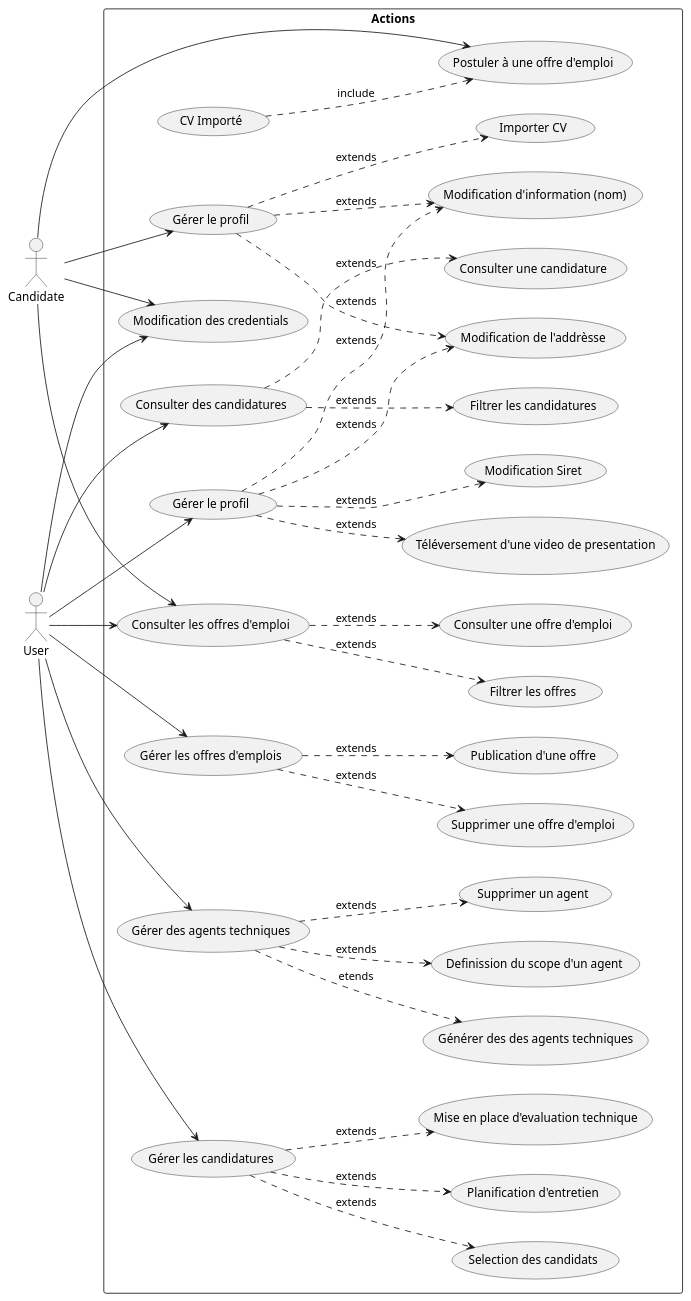
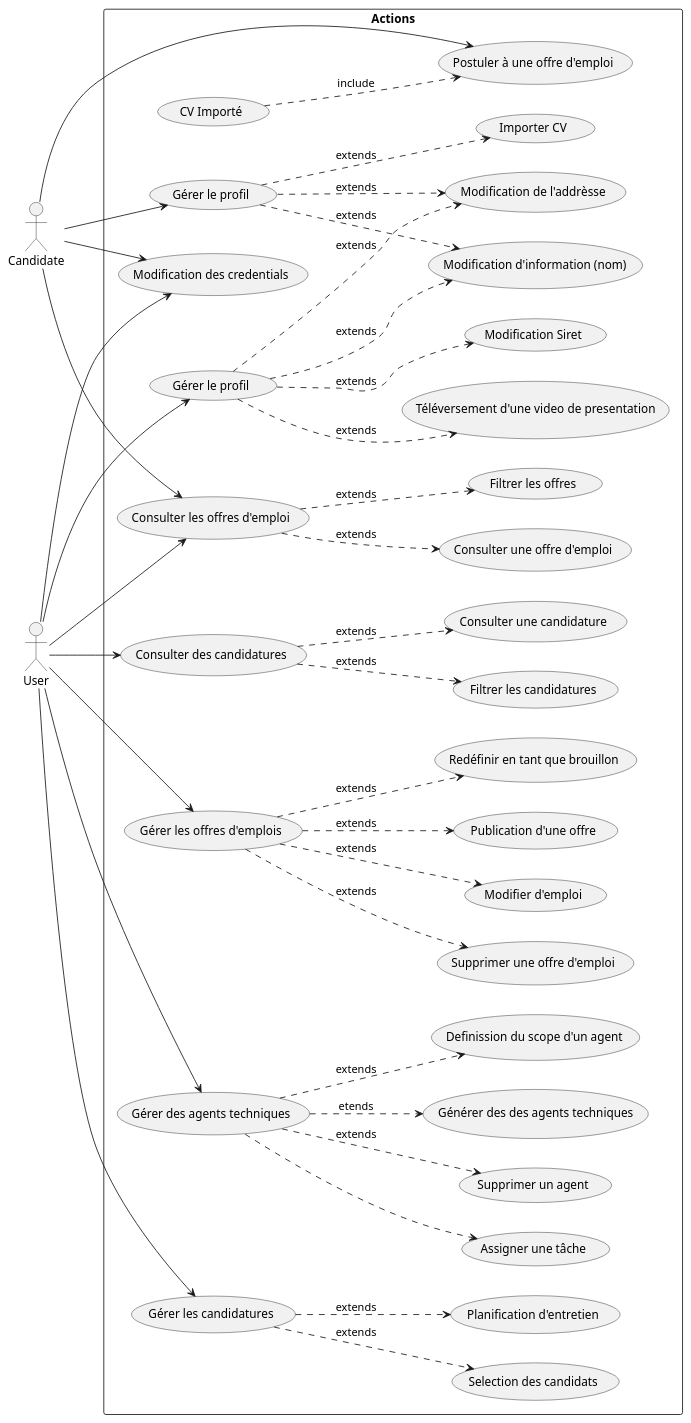
The diagram in ressources/modeling/usecase.puml (Spriggan-Team/HiringForge), drawn with PlantUML before and after one commit. The commit also changed 17 other files, not shown here.

Commit message:
sequence diagramm & uml

```diff
--- a/ressources/modeling/usecase.puml
+++ b/ressources/modeling/usecase.puml
@@ -1,106 +1,111 @@
 @startuml Usecase
 
 left to right direction
 
 actor "User" as User
 actor Candidate
 
 
 rectangle "Actions" {
     (Consulter les offres d'emploi) as ConslutJobOfferList
     (Consulter une offre d'emploi) as ConsultJobOffer
     (Filtrer les offres) as FilterJobOffer
 
     (Consulter des candidatures) as ConsultCandidateList
     (Consulter une candidature) as ConsultCandidate
     (Filtrer les candidatures) as FilterCandidate
 
     (Gérer le profil) as ManageCandidateProfil
     (Importer CV) as ImportCV
     usecase "Modification d'information (nom)" as ModifyCandidateName 
     usecase "Modification de l'addrèsse" as ModifyAddress 
 
 
     (Gérer le profil) as ManageUserProfil
     (Téléversement d'une video de presentation) as UploadVideo
     (Modification Siret) as ChangeSiretNumber
     (Modification des credentials) as ChangeAuthCredential
 
     (CV Importé) as ImportedCV
     (Postuler à une offre d'emploi) as ApplyJobOffer
     
 
     (Gérer les candidatures) as ManageCandidates
     (Selection des candidats) as CandidateSelection
     (Planification d'entretien) as PlanInterview
-    (Mise en place d'evaluation technique) as EvalCandidate 
+    ' (Mise en place d'evaluation technique) as EvalCandidate 
 
 
     (Gérer les offres d'emplois) as ManageJobOffer
     (Publication d'une offre) as PublishJobOffer
-
+    (Créer une offre d'emploi) as CreateOffer
+    (Redéfinir en tant que brouillon) as CreateOffer
     (Supprimer une offre d'emploi) as DeleteJobOffer
+    (Modifier d'emploi) as ModifyOffer
 
     (Gérer des agents techniques) as ManageAgent
     (Générer des des agents techniques) as CreateAgent
     (Definission du scope d'un agent) as AgentScopeAction
+    (Assigner une tâche) as AgentAssignement
     (Supprimer un agent) as DeleteAgent 
 }
 
 
 'Basics Actions
 ConslutJobOfferList ..> ConsultJobOffer: extends
 ConslutJobOfferList ..> FilterJobOffer: extends
 
 User --> ConslutJobOfferList
 User --> ChangeAuthCredential
 Candidate --> ChangeAuthCredential
 Candidate -> ConslutJobOfferList
 
 
 ' CandidatesProfil
 ManageCandidateProfil ..> ModifyCandidateName : extends
 ManageCandidateProfil ..> ModifyAddress :extends
 ManageCandidateProfil ..> ImportCV : extends
 
 Candidate --> ManageCandidateProfil
 
 ' User  Applications (Apply)
 Candidate --> ApplyJobOffer
 ApplyJobOffer <.up. ImportedCV : include 
 
 ' Manage Agent
 ManageAgent ..> CreateAgent : etends
 ManageAgent ..> AgentScopeAction : extends
 ManageAgent ..> DeleteAgent : extends
+ManageAgent ..> AgentAssignement
 
 User -> ManageAgent
 
 'Manage Candidate
 ConsultCandidateList ..> ConsultCandidate : extends
 ConsultCandidateList ..> FilterCandidate : extends
 
 ManageCandidates ..> CandidateSelection : extends
 ManageCandidates ..> PlanInterview : extends
-ManageCandidates ..> EvalCandidate : extends
+' ManageCandidates ..> EvalCandidate : extends
 
 User -> ManageCandidates
 User -> ConsultCandidateList
 
 'Manage User profil
 ManageUserProfil ..> ModifyCandidateName: extends
 ManageUserProfil ..> ModifyAddress     : extends
 ManageUserProfil ..> UploadVideo       : extends
 ManageUserProfil ..> ChangeSiretNumber : extends
 
 User -> ManageUserProfil
 
 ' Manage Offers
 ManageJobOffer ..> PublishJobOffer : extends
 ManageJobOffer ..> DeleteJobOffer  : extends
+ManageJobOffer ..> CreateOffer     : extends
+ManageJobOffer ..> ModifyOffer     : extends
 User -> ManageJobOffer
 
 
 
-
 @enduml
```
